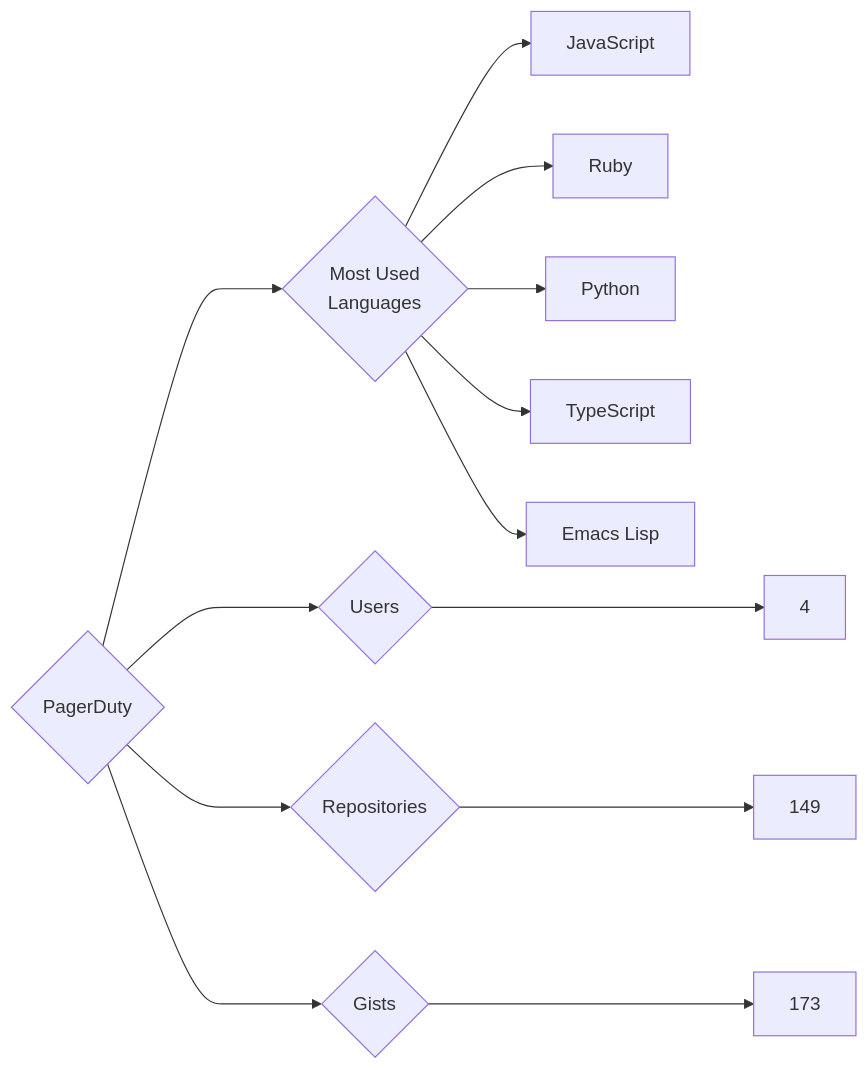
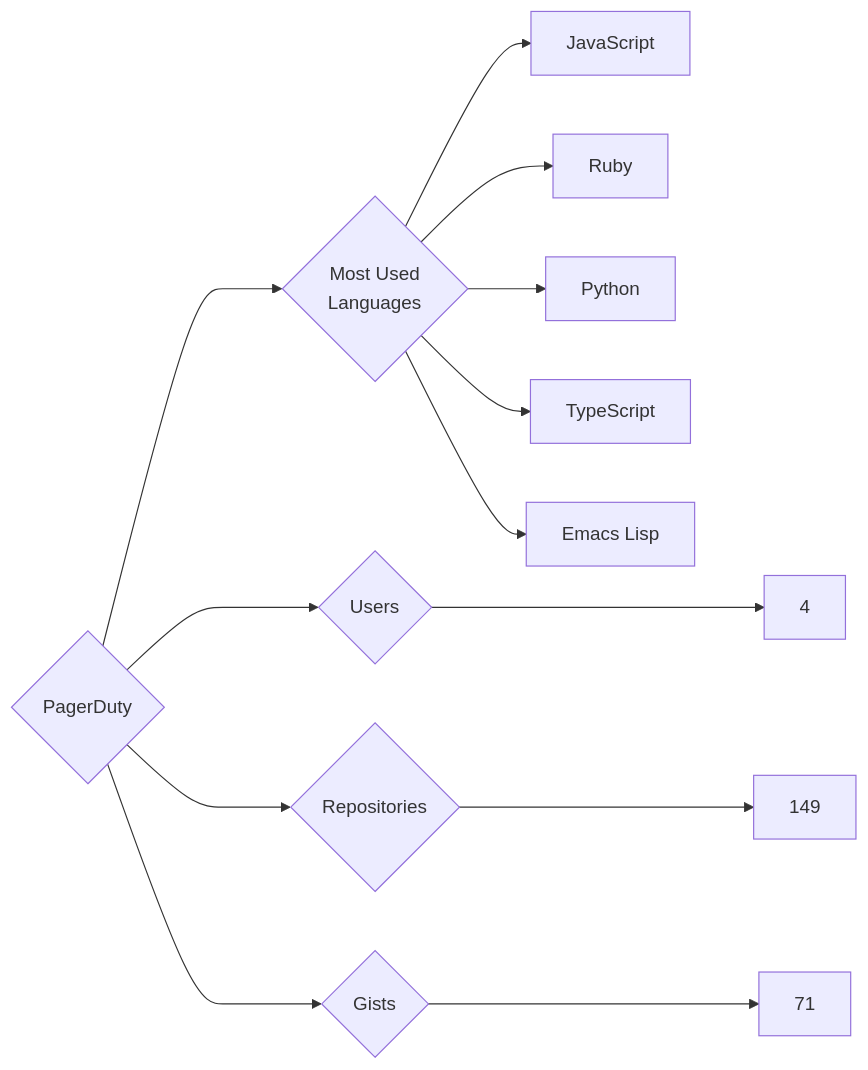
Before and after one commit to trickest/insiders: the diagram in targets/PagerDuty/README.md, drawn with Mermaid. The commit also changed 898 other files, not shown here.

````diff
--- a/targets/PagerDuty/README.md
+++ b/targets/PagerDuty/README.md
@@ -3,13 +3,13 @@
 ```mermaid
 graph LR
 COMPANY_NAME{PagerDuty}
 COMPANY_NAME ---> U{Users} ---> UN[4]
 COMPANY_NAME ---> R{Repositories} ---> RN[149]
-COMPANY_NAME ---> G{Gists} ---> GN[173]
+COMPANY_NAME ---> G{Gists} ---> GN[71]
 COMPANY_NAME ---> ML{Most Used<br>Languages}
 ML --> JavaScript[JavaScript]
 ML --> Ruby[Ruby]
 ML --> Python[Python]
 ML --> TypeScript[TypeScript]
 ML --> Emacs_Lisp[Emacs Lisp]
 ```
````
